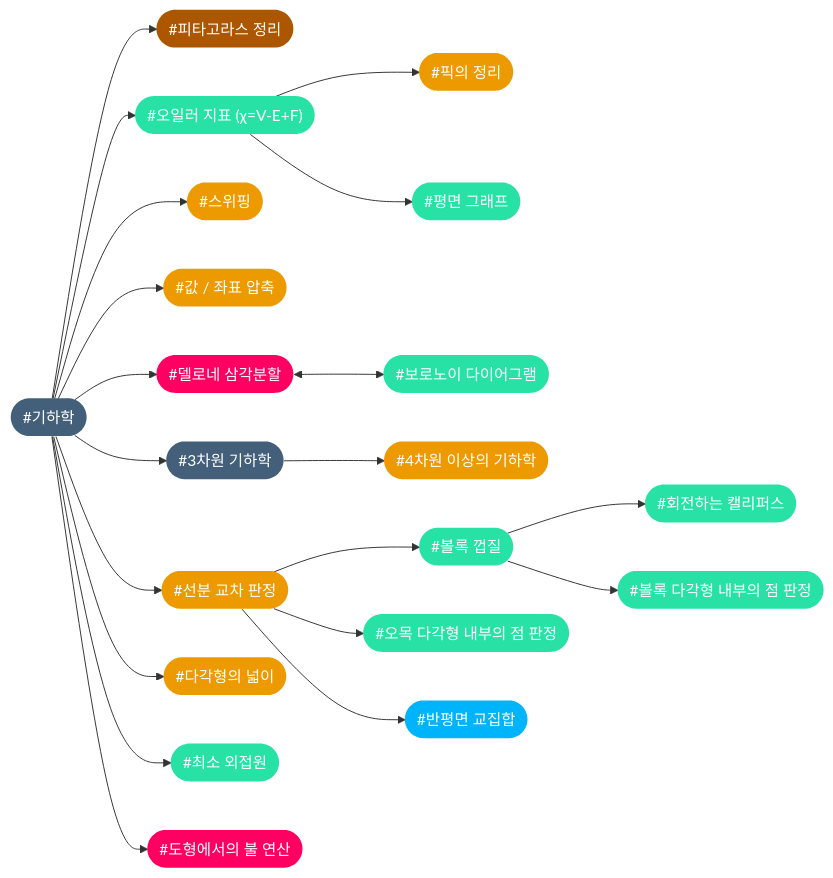
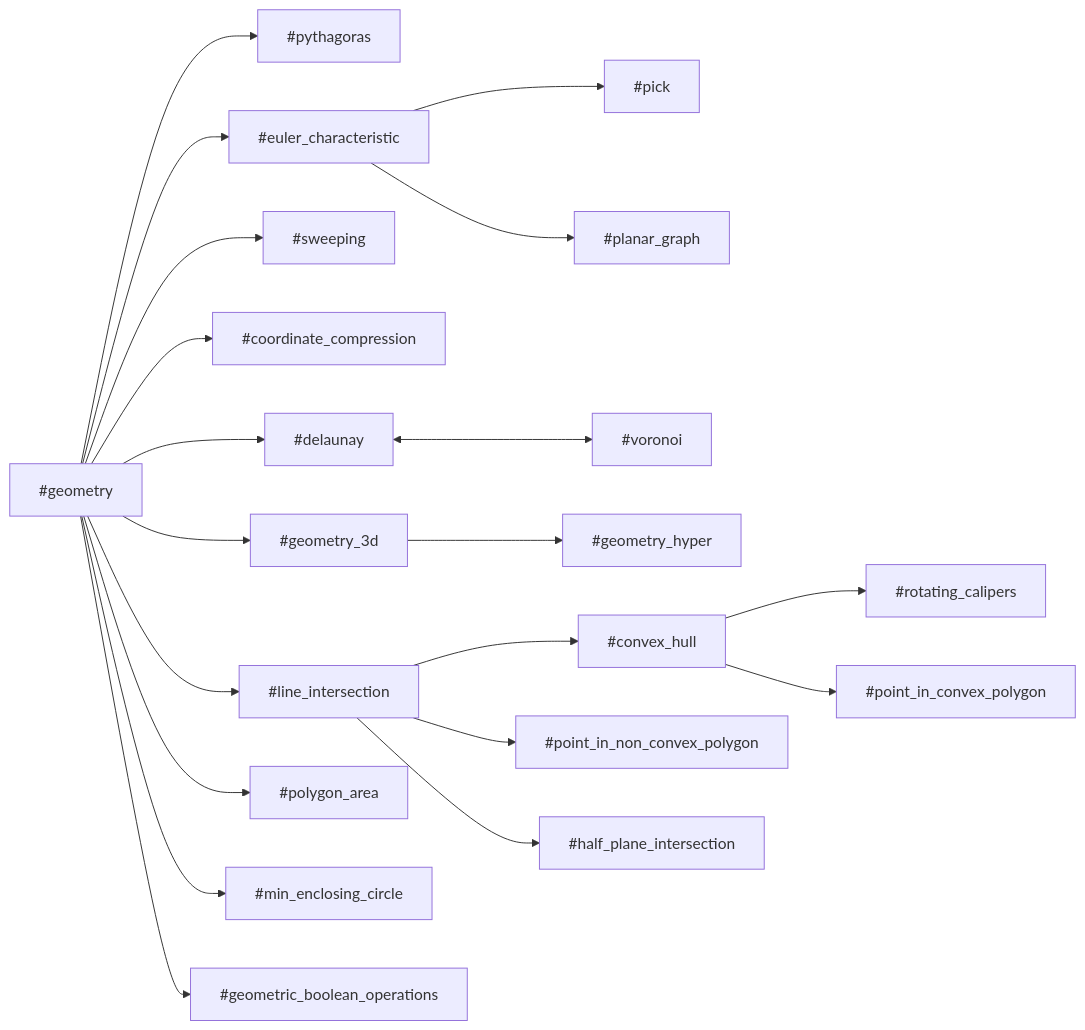
Diagram 11 of 17 in index.md (CHOYUNSIG/algorithm_with_boj), drawn with Mermaid before and after one commit. The commit also changed other lines of this file and 5 other files, not shown here.

```diff
--- a/index.md
+++ b/index.md
@@ -570,51 +351,23 @@
-<pre class="mermaid">
+<pre class="mermaid tag-connection-define">
     graph LR
 
     #geometry --> #pythagoras
     #geometry --> #line_intersection
     #geometry --> #sweeping
     #geometry --> #coordinate_compression
     #geometry --> #delaunay
     #geometry --> #geometry_3d
     #geometry --> #euler_characteristic
     #geometry --> #polygon_area
     #geometry --> #min_enclosing_circle
     #geometry --> #geometric_boolean_operations
     #euler_characteristic --> #pick
     #euler_characteristic --> #planar_graph
     #delaunay <--> #voronoi
     #geometry_3d --> #geometry_hyper
     #line_intersection --> #convex_hull
     #line_intersection --> #point_in_non_convex_polygon
     #line_intersection --> #half_plane_intersection
     #convex_hull --> #rotating_calipers
     #convex_hull --> #point_in_convex_polygon
-
-    #geometry_3d(["#3차원 기하학"]):::tier1
-    #geometry_hyper(["#4차원 이상의 기하학"]):::tier2
-    #coordinate_compression(["#값 / 좌표 압축"]):::tier2
-    #geometry(["#기하학"]):::tier1
-    #polygon_area(["#다각형의 넓이"]):::tier2
-    #delaunay(["#델로네 삼각분할"]):::tier5
-    #geometric_boolean_operations(["#도형에서의 불 연산"]):::tier5
-    #half_plane_intersection(["#반평면 교집합"]):::tier4
-    #voronoi(["#보로노이 다이어그램"]):::tier3
-    #convex_hull(["#볼록 껍질"]):::tier3
-    #point_in_convex_polygon(["#볼록 다각형 내부의 점 판정"]):::tier3
-    #line_intersection(["#선분 교차 판정"]):::tier2
-    #sweeping(["#스위핑"]):::tier2
-    #point_in_non_convex_polygon(["#오목 다각형 내부의 점 판정"]):::tier3
-    #euler_characteristic(["#오일러 지표 (χ=V-E+F)"]):::tier3
-    #min_enclosing_circle(["#최소 외접원"]):::tier3
-    #planar_graph(["#평면 그래프"]):::tier3
-    #pythagoras(["#피타고라스 정리"]):::tier0
-    #pick(["#픽의 정리"]):::tier2
-    #rotating_calipers(["#회전하는 캘리퍼스"]):::tier3
-
-    classDef tier0 fill:#ad5600, color:#fff, stroke:#0000
-    classDef tier1 fill:#435f7a, color:#fff, stroke:#0000
-    classDef tier2 fill:#ec9a00, color:#fff, stroke:#0000
-    classDef tier3 fill:#27e2a4, color:#fff, stroke:#0000
-    classDef tier4 fill:#00b4fc, color:#fff, stroke:#0000
-    classDef tier5 fill:#ff0062, color:#fff, stroke:#0000
 </pre>
```
